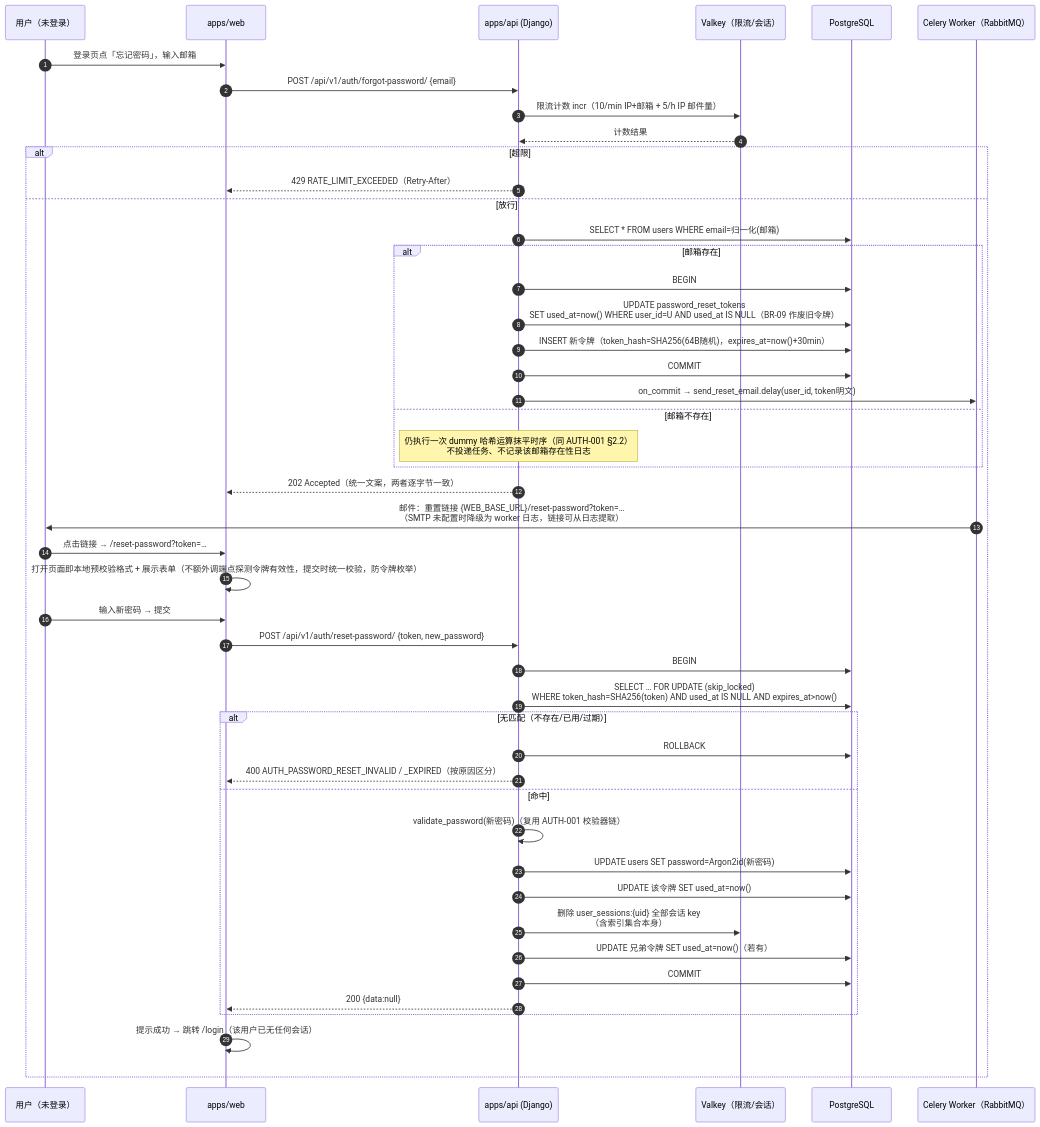
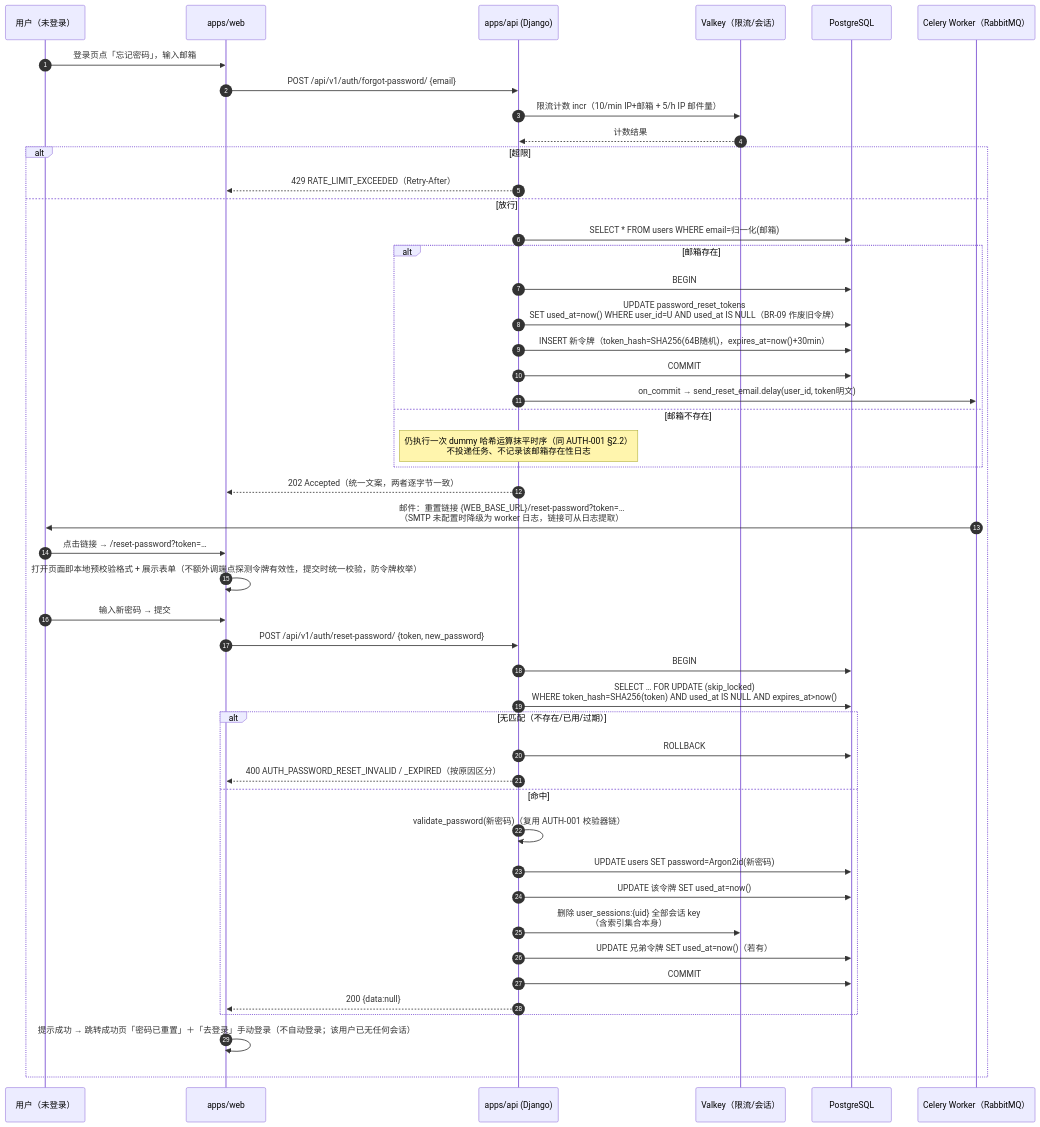
Before and after one commit to RabbitAI-Lab/RabbitProjects: the third of 5 diagrams in docs/sprint-1-mvp/AUTH-004-profile-password.md, drawn with Mermaid. The commit also changed other lines of this file and 191 other files, not shown here.

````diff
--- a/docs/sprint-1-mvp/AUTH-004-profile-password.md
+++ b/docs/sprint-1-mvp/AUTH-004-profile-password.md
@@ -154,50 +154,50 @@
 ```mermaid
 sequenceDiagram
     autonumber
     participant U as 用户（未登录）
     participant W as apps/web
     participant A as apps/api (Django)
     participant R as Valkey（限流/会话）
     participant PG as PostgreSQL
     participant Q as Celery Worker（RabbitMQ）
 
     U->>W: 登录页点「忘记密码」，输入邮箱
     W->>A: POST /api/v1/auth/forgot-password/ {email}
     A->>R: 限流计数 incr（10/min IP+邮箱 + 5/h IP 邮件量）
     R-->>A: 计数结果
     alt 超限
         A-->>W: 429 RATE_LIMIT_EXCEEDED（Retry-After）
     else 放行
         A->>PG: SELECT * FROM users WHERE email=归一化(邮箱)
         alt 邮箱存在
             A->>PG: BEGIN
             A->>PG: UPDATE password_reset_tokens<br/>SET used_at=now() WHERE user_id=U AND used_at IS NULL（BR-09 作废旧令牌）
             A->>PG: INSERT 新令牌（token_hash=SHA256(64B随机)，expires_at=now()+30min）
             A->>PG: COMMIT
             A->>Q: on_commit → send_reset_email.delay(user_id, token明文)
         else 邮箱不存在
             Note over A: 仍执行一次 dummy 哈希运算抹平时序（同 AUTH-001 §2.2）<br/>不投递任务、不记录该邮箱存在性日志
         end
         A-->>W: 202 Accepted（统一文案，两者逐字节一致）
         Q->>U: 邮件：重置链接 {WEB_BASE_URL}/reset-password?token=…<br/>（SMTP 未配置时降级为 worker 日志，链接可从日志提取）
         U->>W: 点击链接 → /reset-password?token=…
         W->>W: 打开页面即本地预校验格式 + 展示表单（不额外调端点探测令牌有效性，提交时统一校验，防令牌枚举）
         U->>W: 输入新密码 → 提交
         W->>A: POST /api/v1/auth/reset-password/ {token, new_password}
         A->>PG: BEGIN
         A->>PG: SELECT … FOR UPDATE (skip_locked)<br/>WHERE token_hash=SHA256(token) AND used_at IS NULL AND expires_at>now()
         alt 无匹配（不存在/已用/过期）
             A->>PG: ROLLBACK
             A-->>W: 400 AUTH_PASSWORD_RESET_INVALID / _EXPIRED（按原因区分）
         else 命中
             A->>A: validate_password(新密码)（复用 AUTH-001 校验器链）
             A->>PG: UPDATE users SET password=Argon2id(新密码)
             A->>PG: UPDATE 该令牌 SET used_at=now()
             A->>R: 删除 user_sessions:{uid} 全部会话 key<br/>（含索引集合本身）
             A->>PG: UPDATE 兄弟令牌 SET used_at=now()（若有）
             A->>PG: COMMIT
             A-->>W: 200 {data:null}
         end
-        W->>W: 提示成功 → 跳转 /login（该用户已无任何会话）
+        W->>W: 提示成功 → 跳转成功页「密码已重置」＋「去登录」手动登录（不自动登录；该用户已无任何会话）
     end
 ```
````
